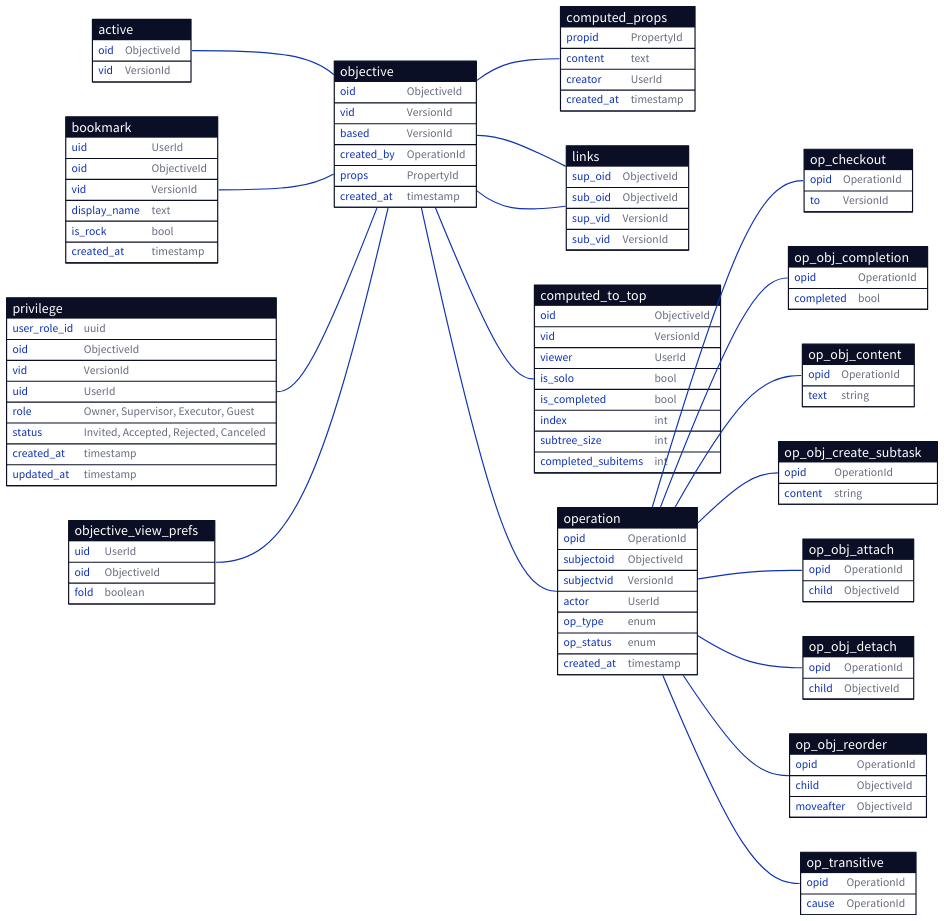
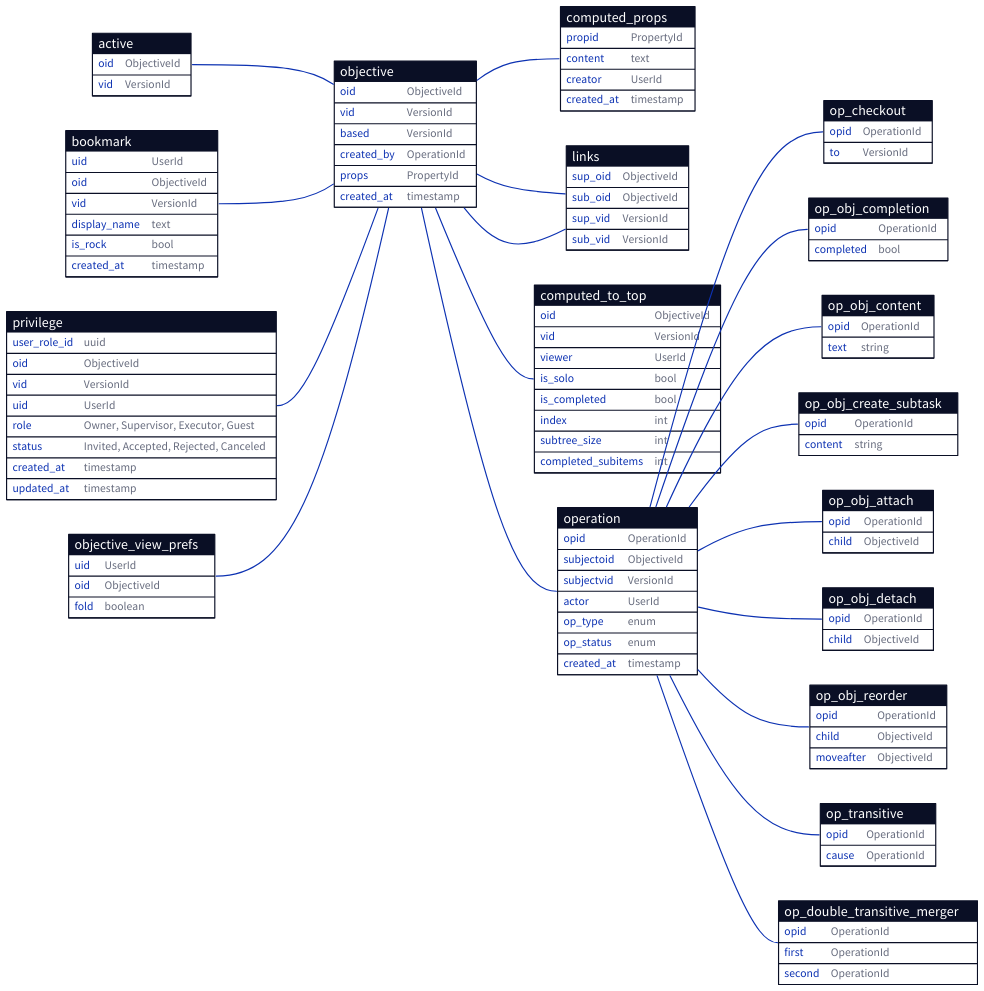
The diagram in docs/database/simplified.d2 (ufukty/logbook), drawn with D2 before and after one commit. The commit also changed 1 other file, not shown here.

Commit message:
docs/database: adds `op_double_transitive_merger` to merge two transitive update generated by `bubblink` when they reach to same objective, to allow attach-detatch operations to get merged to one and promote together to the rock

```diff
--- a/docs/database/simplified.d2
+++ b/docs/database/simplified.d2
@@ -160,6 +160,14 @@
   cause: OperationId
 }
 
+op_double_transitive_merger: {
+  shape: sql_table
+  
+  opid: OperationId 
+  first: OperationId
+  second: OperationId
+}
+
 direction: right
 
 active.oid -- objective.oid
@@ -191,6 +199,7 @@
 operation.opid -- op_obj_detach.opid
 operation.opid -- op_obj_reorder.opid
 operation.opid -- op_transitive.opid
+operation.opid -- op_double_transitive_merger.opid
 
 objective.created_by -- operation.opid
 
```
